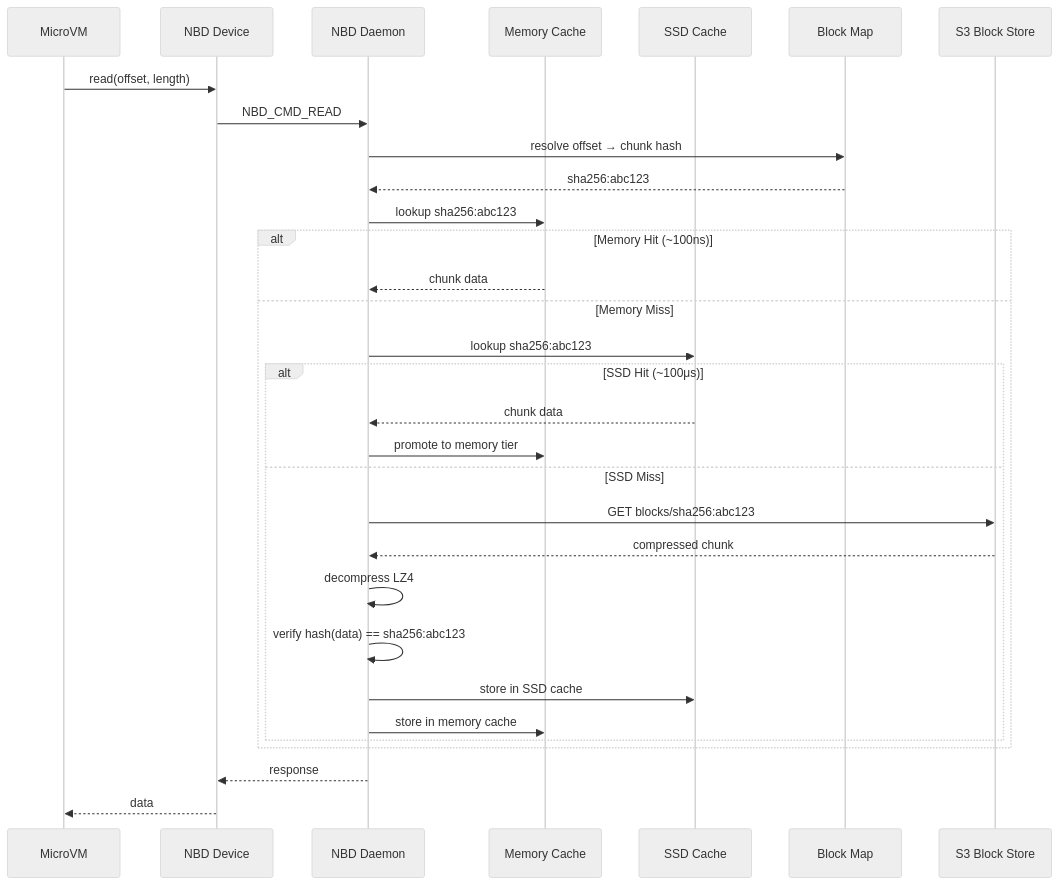
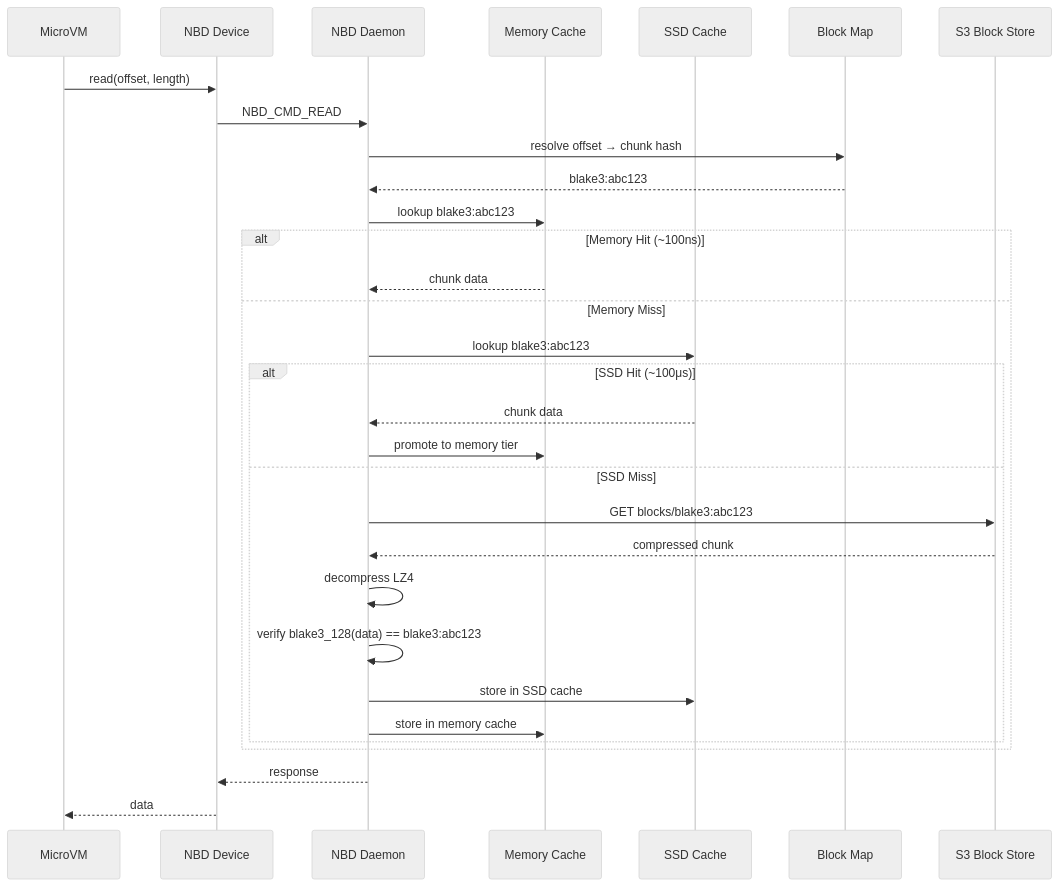
The second of 18 diagrams in GLIDEv2.md (paraglidehq/glidefs), drawn with Mermaid (neutral theme) before and after one commit. The commit also changed other lines of this file, not shown here.

````diff
--- a/GLIDEv2.md
+++ b/GLIDEv2.md
@@ -101,36 +101,36 @@
 ```mermaid
 sequenceDiagram
     participant VM as MicroVM
     participant NBD as NBD Device
     participant D as NBD Daemon
     participant MC as Memory Cache
     participant SC as SSD Cache
     participant M as Block Map
     participant S3 as S3 Block Store
 
     VM->>NBD: read(offset, length)
     NBD->>D: NBD_CMD_READ
     D->>M: resolve offset → chunk hash
-    M-->>D: sha256:abc123
+    M-->>D: blake3:abc123
 
-    D->>MC: lookup sha256:abc123
+    D->>MC: lookup blake3:abc123
     alt Memory Hit (~100ns)
         MC-->>D: chunk data
     else Memory Miss
-        D->>SC: lookup sha256:abc123
+        D->>SC: lookup blake3:abc123
         alt SSD Hit (~100μs)
             SC-->>D: chunk data
             D->>MC: promote to memory tier
         else SSD Miss
-            D->>S3: GET blocks/sha256:abc123
+            D->>S3: GET blocks/blake3:abc123
             S3-->>D: compressed chunk
             D->>D: decompress LZ4
-            D->>D: verify hash(data) == sha256:abc123
+            D->>D: verify blake3_128(data) == blake3:abc123
             D->>SC: store in SSD cache
             D->>MC: store in memory cache
         end
     end
 
     D-->>NBD: response
     NBD-->>VM: data
 ```
````
